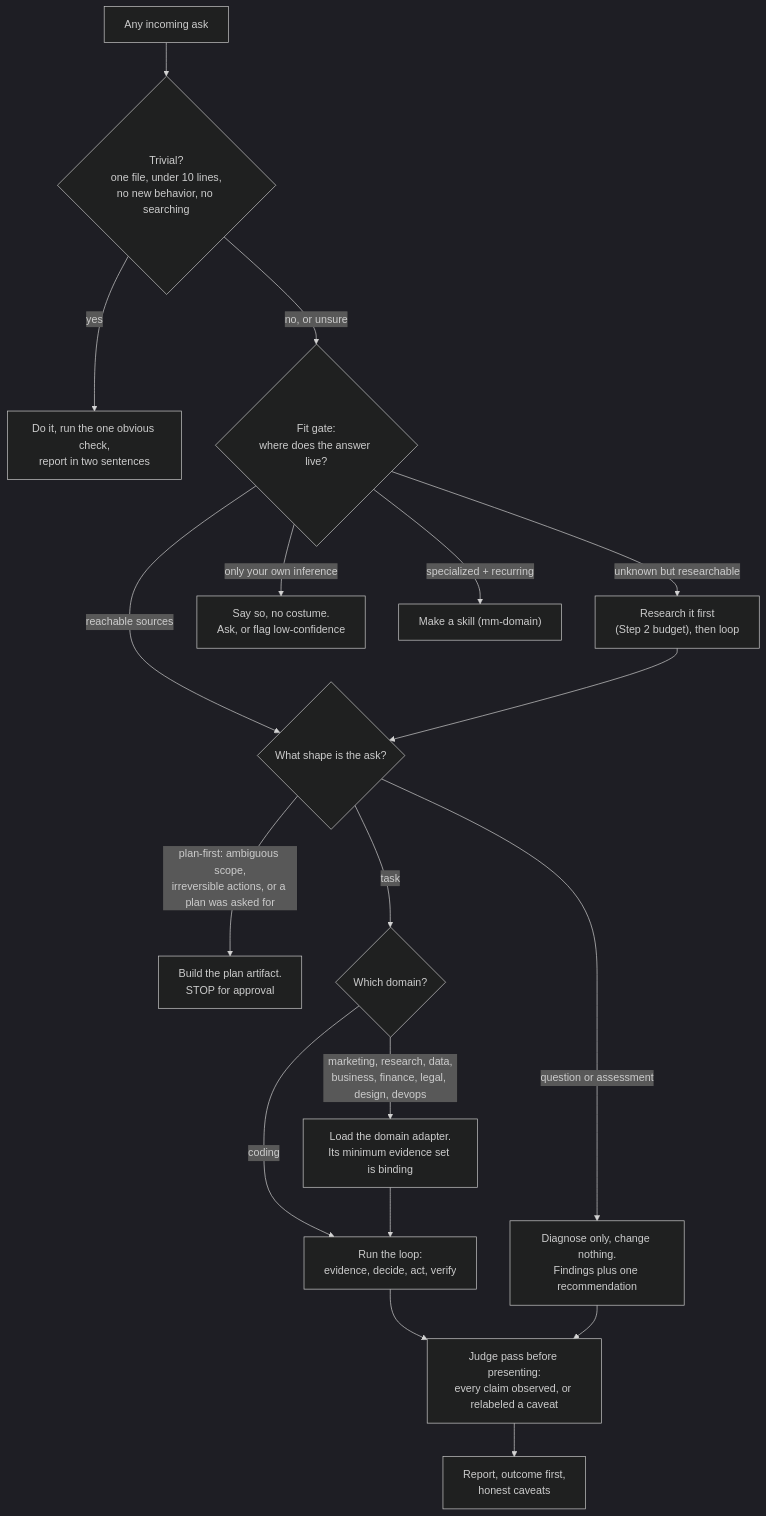
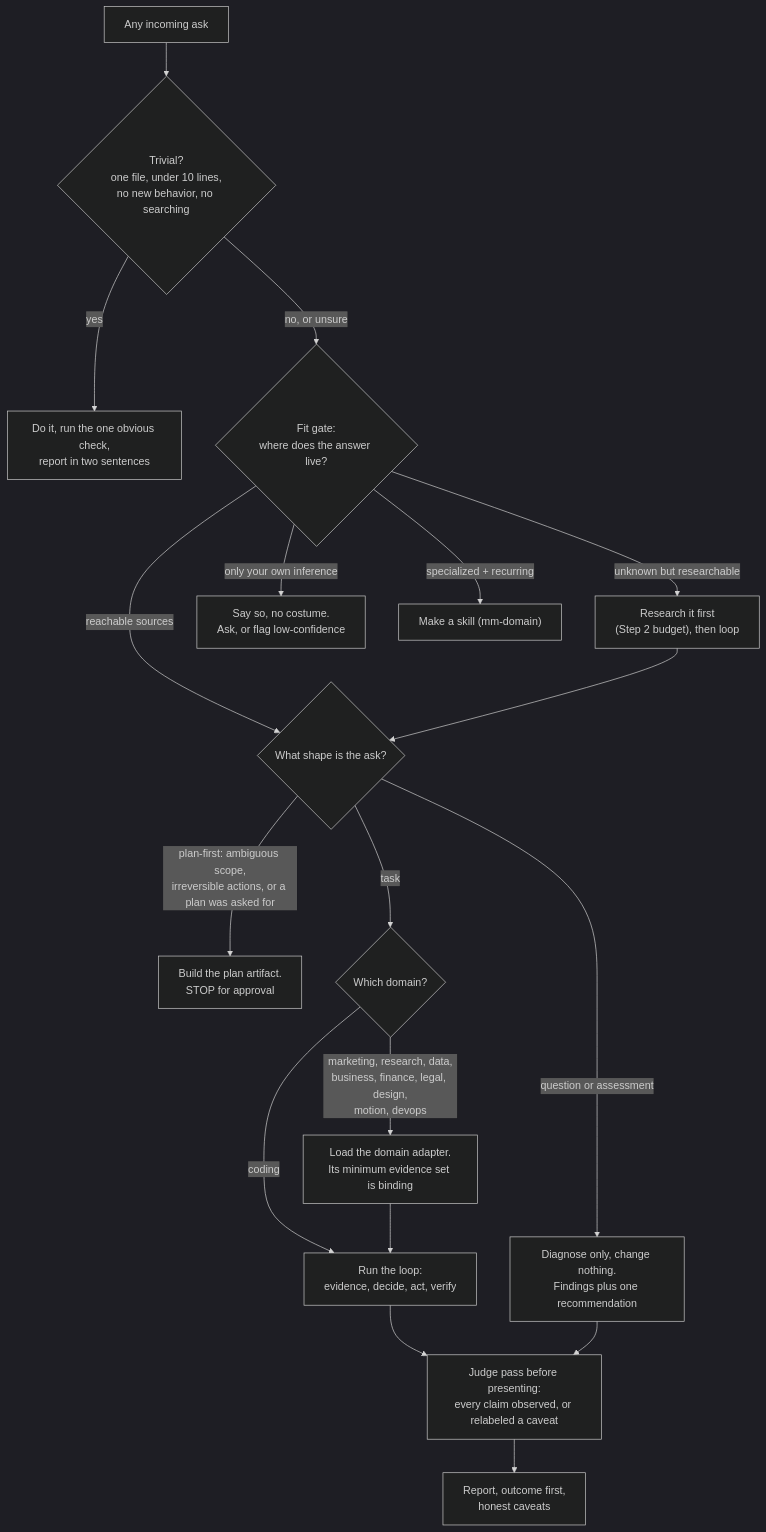
One commit to bughunt8/model-mesh changed the first of 9 diagrams in skills/mm-method/references/flowcharts.md. Above: the diagram before and after it, drawn with Mermaid (dark theme). The commit also changed 10 other files, not shown here.

Commit message:
release: 1.2.0 motion adapter and skill-repo assessment

````diff
--- a/skills/mm-method/references/flowcharts.md
+++ b/skills/mm-method/references/flowcharts.md
@@ -7,20 +7,20 @@
 ```mermaid
 flowchart TD
     IN["Any incoming ask"] --> TRIV{"Trivial?<br/>one file, under 10 lines,<br/>no new behavior, no searching"}
     TRIV -->|yes| DOIT["Do it, run the one obvious check,<br/>report in two sentences"]
     TRIV -->|"no, or unsure"| FIT{"Fit gate:<br/>where does the answer live?"}
     FIT -->|"reachable sources"| SHAPE{"What shape is the ask?"}
     FIT -->|"unknown but researchable"| RES["Research it first<br/>(Step 2 budget), then loop"]
     FIT -->|"only your own inference"| INFER["Say so, no costume.<br/>Ask, or flag low-confidence"]
     FIT -->|"specialized + recurring"| MK["Make a skill (mm-domain)"]
     RES --> SHAPE
     SHAPE -->|"question or assessment"| ASSESS["Diagnose only, change nothing.<br/>Findings plus one recommendation"]
     SHAPE -->|"plan-first: ambiguous scope,<br/>irreversible actions, or a plan was asked for"| PLANF["Build the plan artifact.<br/>STOP for approval"]
     SHAPE -->|task| DOM{"Which domain?"}
     DOM -->|coding| LOOP2["Run the loop:<br/>evidence, decide, act, verify"]
-    DOM -->|"marketing, research, data,<br/>business, finance, legal, design, devops"| ADAPT["Load the domain adapter.<br/>Its minimum evidence set is binding"]
+    DOM -->|"marketing, research, data,<br/>business, finance, legal, design,<br/>motion, devops"| ADAPT["Load the domain adapter.<br/>Its minimum evidence set is binding"]
     ADAPT --> LOOP2
     LOOP2 --> JPASS["Judge pass before presenting:<br/>every claim observed, or relabeled a caveat"]
     ASSESS --> JPASS
     JPASS --> OUT["Report, outcome first,<br/>honest caveats"]
 ```
````
